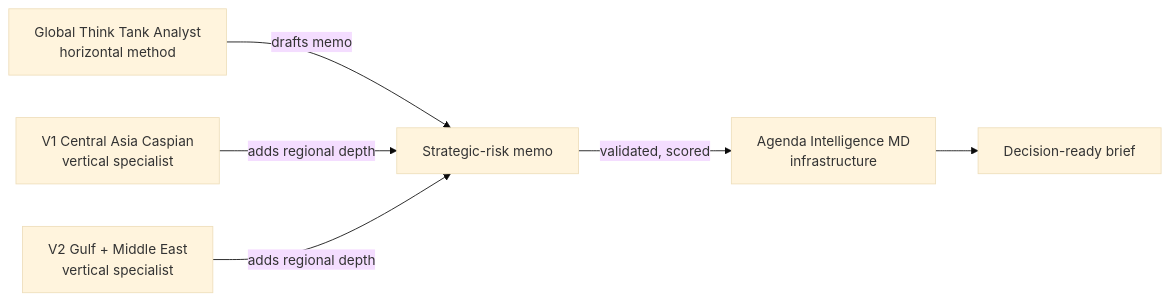
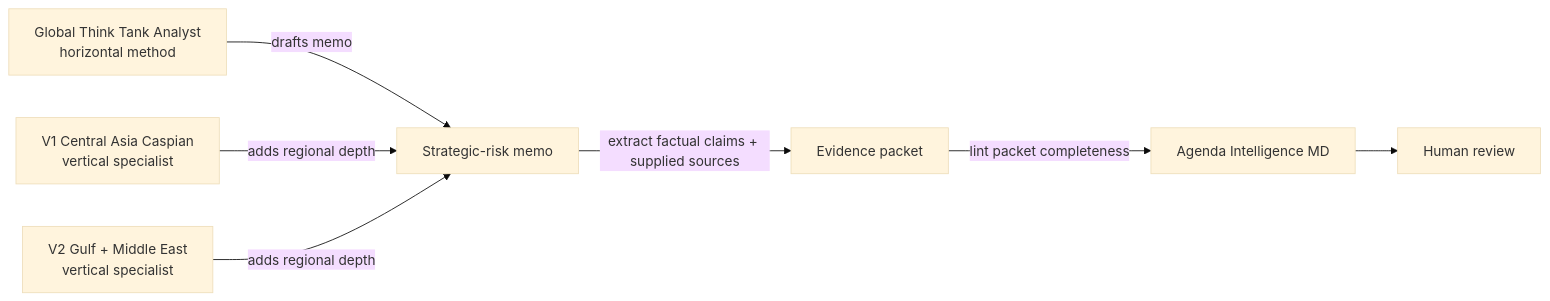
One commit to vassiliylakhonin/global-think-tank-analyst changed the diagram in README.md. Above: the diagram before and after it, drawn with Mermaid (base theme). The commit also changed other lines of this file and 15 other files, not shown here.

Commit message:
Add evidence-packet handoff

````diff
--- a/README.md
+++ b/README.md
@@ -98,8 +98,9 @@
 ```mermaid
 flowchart LR
     A[Global Think Tank Analyst<br/>horizontal method] -->|drafts memo| D[Strategic-risk memo]
     V1[V1 Central Asia Caspian<br/>vertical specialist] -->|adds regional depth| D
     V2[V2 Gulf + Middle East<br/>vertical specialist] -->|adds regional depth| D
-    D -->|validated, scored| C[Agenda Intelligence MD<br/>infrastructure]
-    C --> O[Decision-ready brief]
+    D -->|extract factual claims + supplied sources| P[Evidence packet]
+    P -->|lint packet completeness| C[Agenda Intelligence MD]
+    C --> O[Human review]
 ```
````
